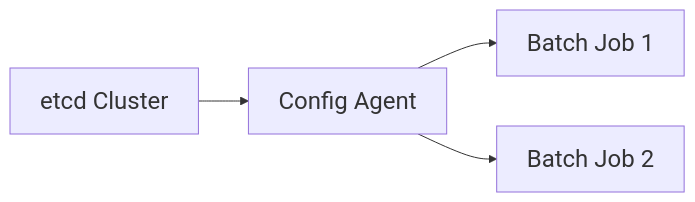
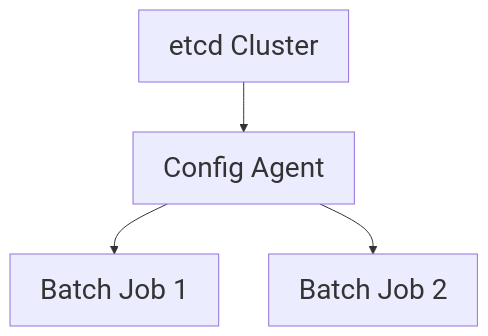
One commit to j4flmao/agent-skills changed the diagram in skills/data/data-batch-processing/references/configuration_guide.md. Above: the diagram before and after it, drawn with Mermaid. The commit also changed 826 other files, not shown here.

Commit message:
style(skills): Revert to TD layout and add useMaxWidth=false to prevent Mermaid diagram compression

````diff
--- a/skills/data/data-batch-processing/references/configuration_guide.md
+++ b/skills/data/data-batch-processing/references/configuration_guide.md
@@ -14,7 +14,7 @@
 ```mermaid
-%%{init: {"theme": "default", "themeVariables": {"fontSize": "24px"}}}%%
-graph LR
+%%{init: {"theme": "default", "themeVariables": {"fontSize": "28px"}, "flowchart": {"useMaxWidth": false}}}%%
+graph TD
     A[etcd Cluster] --> B[Config Agent]
     B --> C[Batch Job 1]
     B --> D[Batch Job 2]
 ```
````
